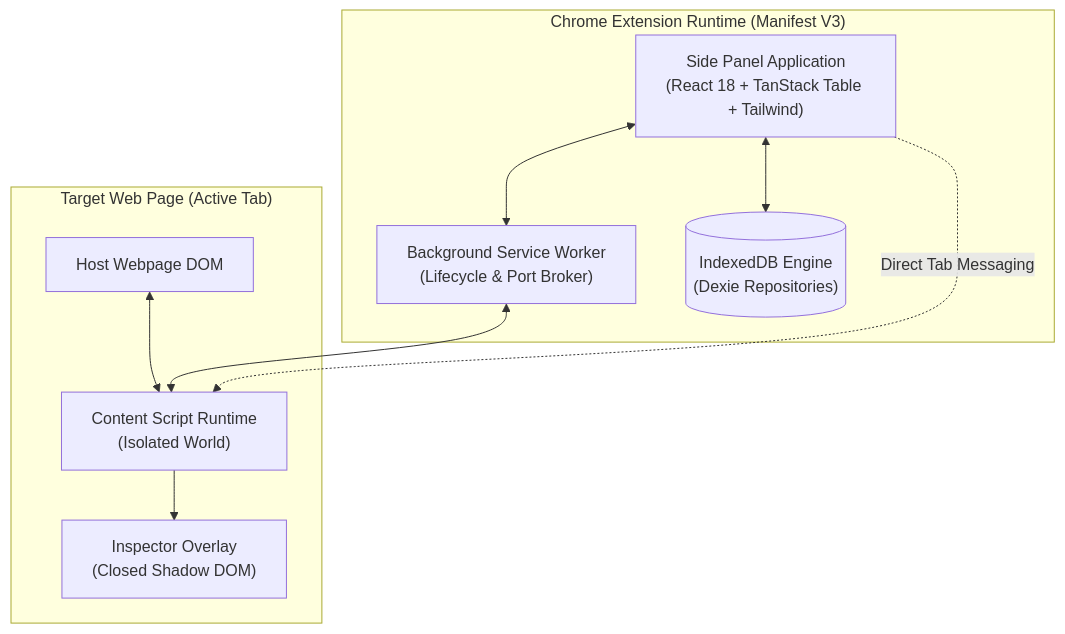
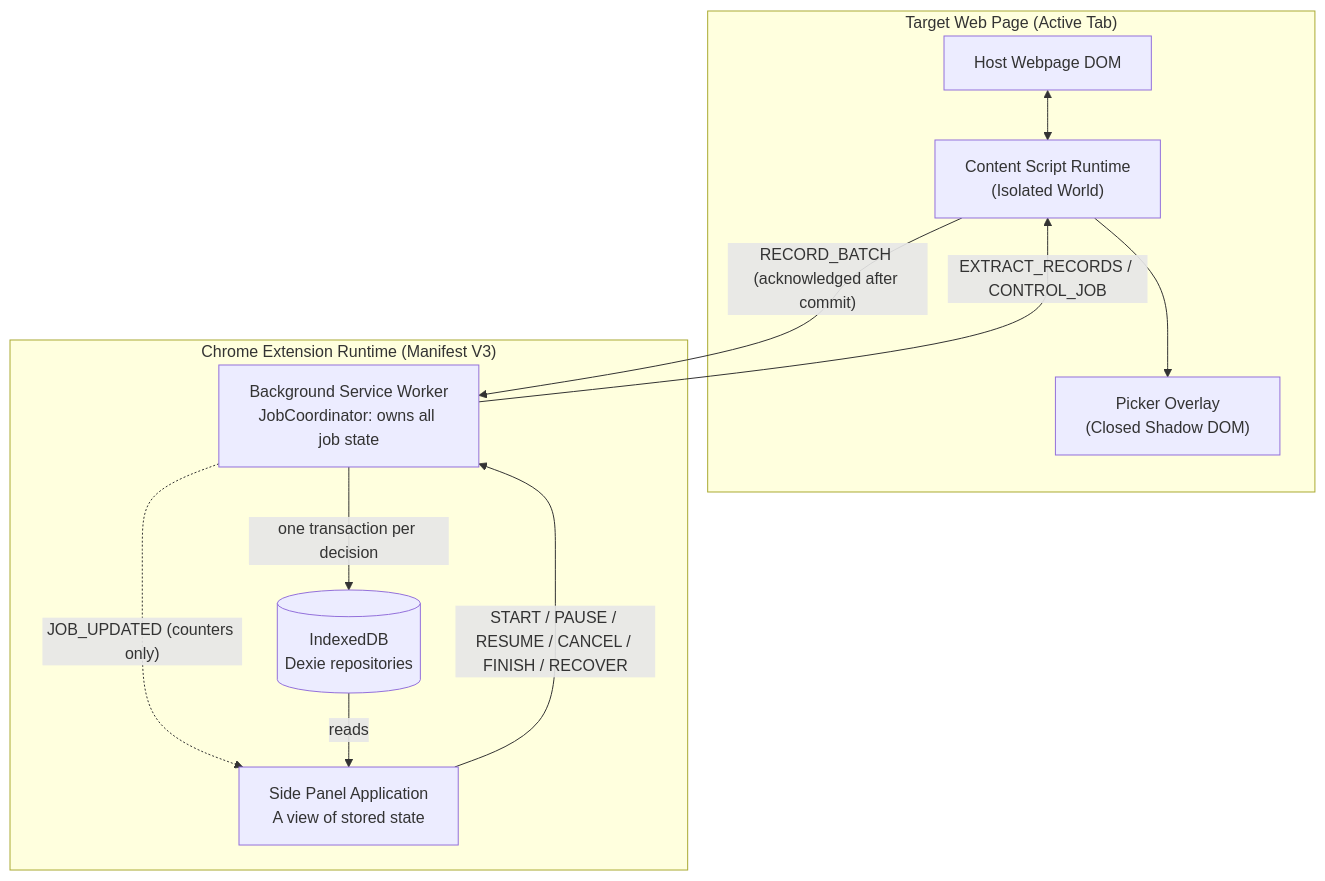
One commit to Pawan-pv/pageharvest changed the first of 4 diagrams in docs/ARCHITECTURE.md. Above: the diagram before and after it, drawn with Mermaid. The commit also changed other lines of this file and 197 other files, not shown here.

First line of the commit message:
feat(core): add durable job coordinator and repair data integrity defects

````diff
--- a/docs/ARCHITECTURE.md
+++ b/docs/ARCHITECTURE.md
@@ -17,22 +18,24 @@
 ```mermaid
 flowchart TD
     subgraph BrowserTab ["Target Web Page (Active Tab)"]
         HostDOM["Host Webpage DOM"]
         ContentScript["Content Script Runtime\n(Isolated World)"]
-        ShadowOverlay["Inspector Overlay\n(Closed Shadow DOM)"]
+        ShadowOverlay["Picker Overlay\n(Closed Shadow DOM)"]
 
         HostDOM <--> ContentScript
         ContentScript --> ShadowOverlay
     end
 
     subgraph ChromeRuntime ["Chrome Extension Runtime (Manifest V3)"]
-        BackgroundWorker["Background Service Worker\n(Lifecycle & Port Broker)"]
-        SidePanelApp["Side Panel Application\n(React 18 + TanStack Table + Tailwind)"]
-        StorageEngine[("IndexedDB Engine\n(Dexie Repositories)")]
+        BackgroundWorker["Background Service Worker\nJobCoordinator: owns all job state"]
+        SidePanelApp["Side Panel Application\nA view of stored state"]
+        StorageEngine[("IndexedDB\nDexie repositories")]
 
-        SidePanelApp <--> StorageEngine
-        SidePanelApp <--> BackgroundWorker
-        BackgroundWorker <--> ContentScript
-        SidePanelApp -.Direct Tab Messaging.-> ContentScript
+        ContentScript -- "RECORD_BATCH (acknowledged after commit)" --> BackgroundWorker
+        BackgroundWorker -- "EXTRACT_RECORDS / CONTROL_JOB" --> ContentScript
+        BackgroundWorker -- "one transaction per decision" --> StorageEngine
+        SidePanelApp -- "START / PAUSE / RESUME / CANCEL / FINISH / RECOVER" --> BackgroundWorker
+        BackgroundWorker -. "JOB_UPDATED (counters only)" .-> SidePanelApp
+        StorageEngine -- "reads" --> SidePanelApp
     end
 ```
````
